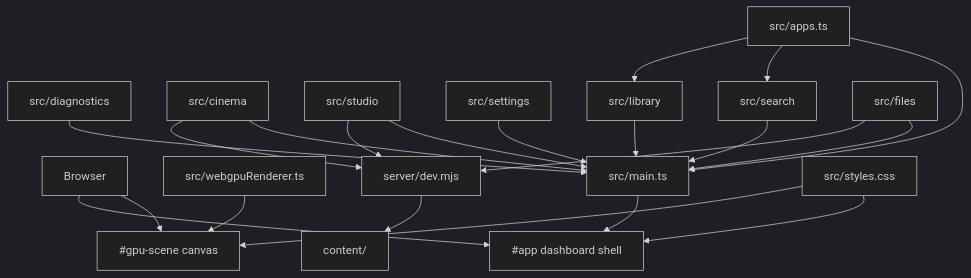
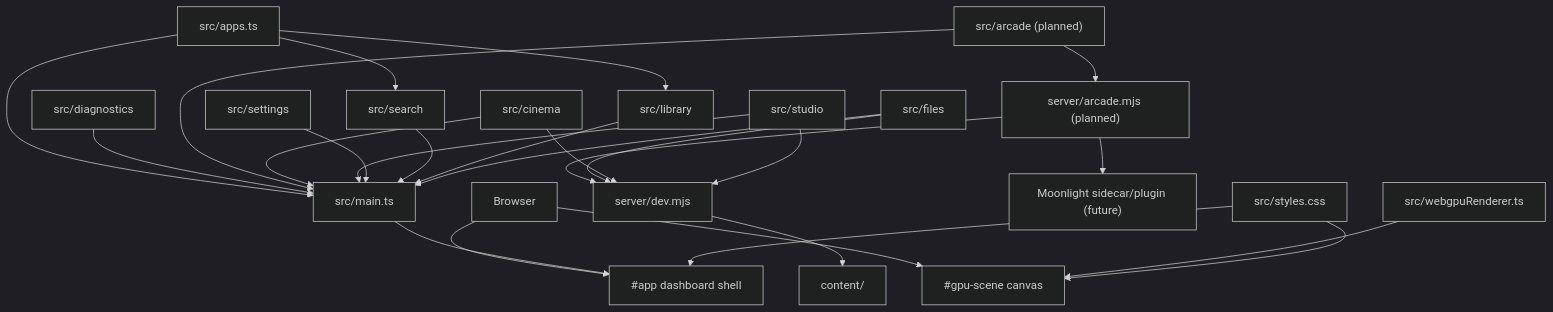
Before and after one commit to jost-aaron/nebula: the diagram in docs/architecture.md, drawn with Mermaid (dark theme). The commit also changed other lines of this file and 2 other files, not shown here.

Commit message:
Document Arcade implementation checks

````diff
--- a/docs/architecture.md
+++ b/docs/architecture.md
@@ -8,40 +8,47 @@
 ```mermaid
 flowchart TD
   Browser["Browser"]
   Canvas["#gpu-scene canvas"]
   Shell["#app dashboard shell"]
   Renderer["src/webgpuRenderer.ts"]
   Main["src/main.ts"]
   Registry["src/apps.ts"]
   Diagnostics["src/diagnostics"]
+  Arcade["src/arcade (planned)"]
   Cinema["src/cinema"]
   Studio["src/studio"]
   Settings["src/settings"]
   Search["src/search"]
   Library["src/library"]
   Files["src/files"]
+  ArcadeApi["server/arcade.mjs (planned)"]
+  Moonlight["Moonlight sidecar/plugin (future)"]
   Server["server/dev.mjs"]
   Content["content/"]
   Styles["src/styles.css"]
 
   Browser --> Canvas
   Browser --> Shell
   Renderer --> Canvas
   Main --> Shell
   Registry --> Main
   Diagnostics --> Main
+  Arcade --> Main
   Cinema --> Main
   Studio --> Main
   Settings --> Main
   Search --> Main
   Library --> Main
   Files --> Main
   Registry --> Search
   Registry --> Library
   Server --> Content
+  Arcade --> ArcadeApi
+  ArcadeApi --> Moonlight
+  ArcadeApi --> Server
   Files --> Server
   Cinema --> Server
   Studio --> Server
   Styles --> Shell
   Styles --> Canvas
 ```
````
